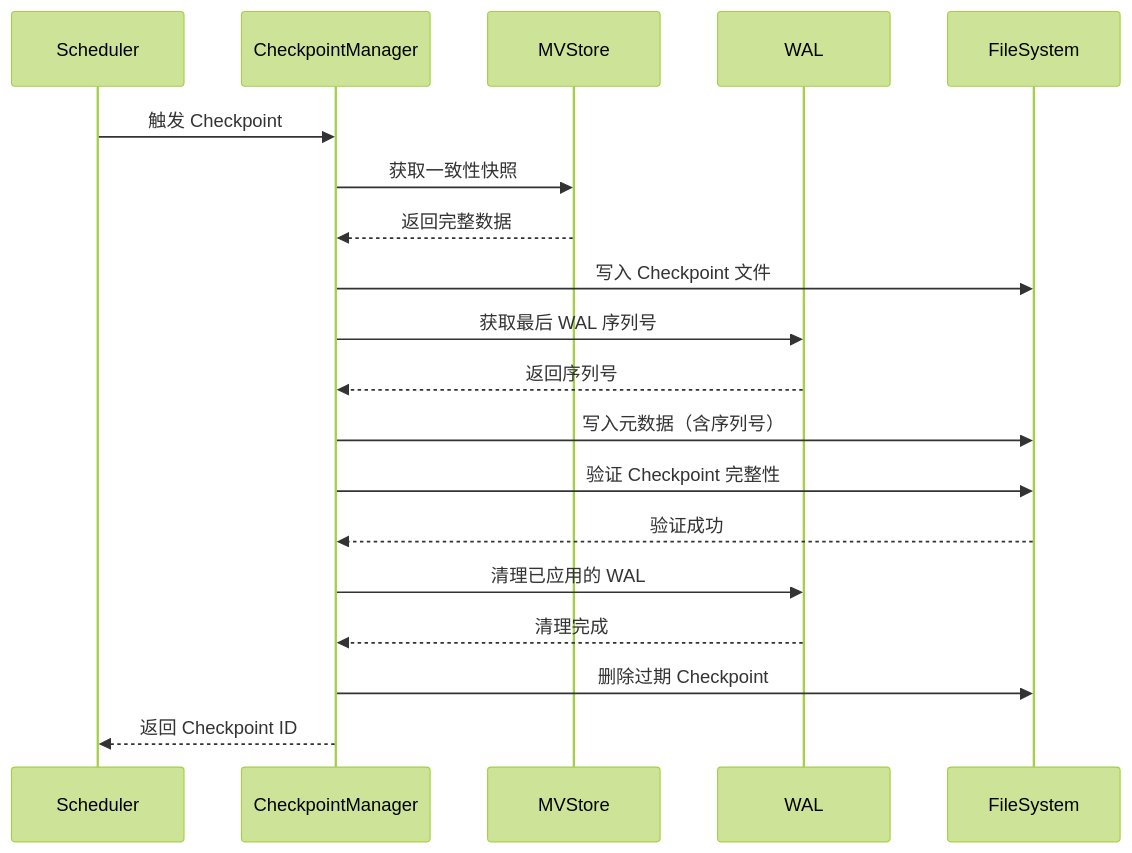
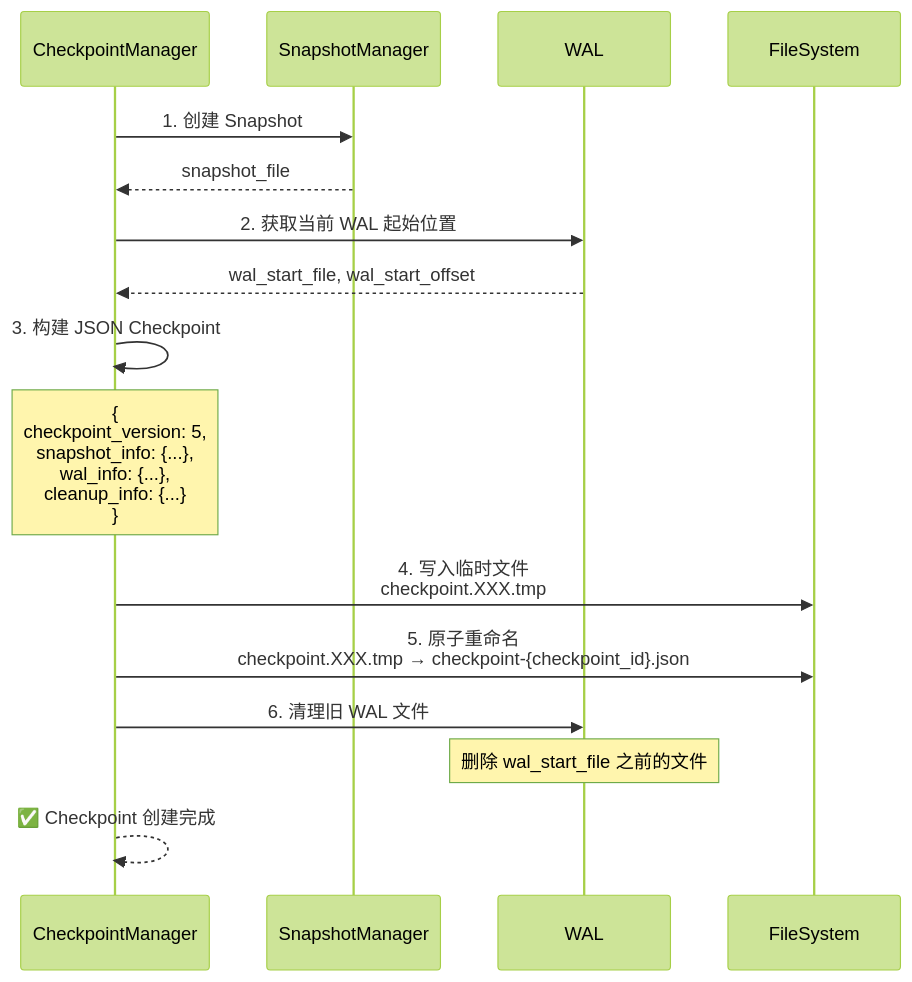
One commit to jzhang405/NexKV changed the sixth of 8 diagrams in docs/06_project_management/pr_documents/feature/2026-01-19_PR-003_WAL_Checkpoint_机制实现_Pre.md. Above: the diagram before and after it, drawn with Mermaid (forest theme). The commit also changed other lines of this file and 51 other files, not shown here.

````diff
--- a/docs/06_project_management/pr_documents/feature/2026-01-19_PR-003_WAL_Checkpoint_机制实现_Pre.md
+++ b/docs/06_project_management/pr_documents/feature/2026-01-19_PR-003_WAL_Checkpoint_机制实现_Pre.md
@@ -521,22 +596,25 @@
 ```mermaid
 sequenceDiagram
-    participant S as Scheduler
     participant CM as CheckpointManager
-    participant M as MVStore
-    participant W as WAL
-    participant F as FileSystem
+    participant SM as SnapshotManager
+    participant WAL as WAL
+    participant FS as FileSystem
 
-    S->>CM: 触发 Checkpoint
-    CM->>M: 获取一致性快照
-    M-->>CM: 返回完整数据
-    CM->>F: 写入 Checkpoint 文件
-    CM->>W: 获取最后 WAL 序列号
-    W-->>CM: 返回序列号
-    CM->>F: 写入元数据（含序列号）
-    CM->>F: 验证 Checkpoint 完整性
-    F-->>CM: 验证成功
-    CM->>W: 清理已应用的 WAL
-    W-->>CM: 清理完成
-    CM->>F: 删除过期 Checkpoint
-    CM-->>S: 返回 Checkpoint ID
+    CM->>SM: 1. 创建 Snapshot
+    SM-->>CM: snapshot_file
+
+    CM->>WAL: 2. 获取当前 WAL 起始位置
+    WAL-->>CM: wal_start_file, wal_start_offset
+
+    CM->>CM: 3. 构建 JSON Checkpoint
+    Note over CM: {<br/>  checkpoint_version: 5,<br/>  snapshot_info: {...},<br/>  wal_info: {...},<br/>  cleanup_info: {...}<br/>}
+
+    CM->>FS: 4. 写入临时文件<br/>checkpoint.XXX.tmp
+
+    CM->>FS: 5. 原子重命名<br/>checkpoint.XXX.tmp → checkpoint-{checkpoint_id}.json
+
+    CM->>WAL: 6. 清理旧 WAL 文件
+    Note over WAL: 删除 wal_start_file 之前的文件
+
+    CM-->>CM: ✅ Checkpoint 创建完成
 ```
````
